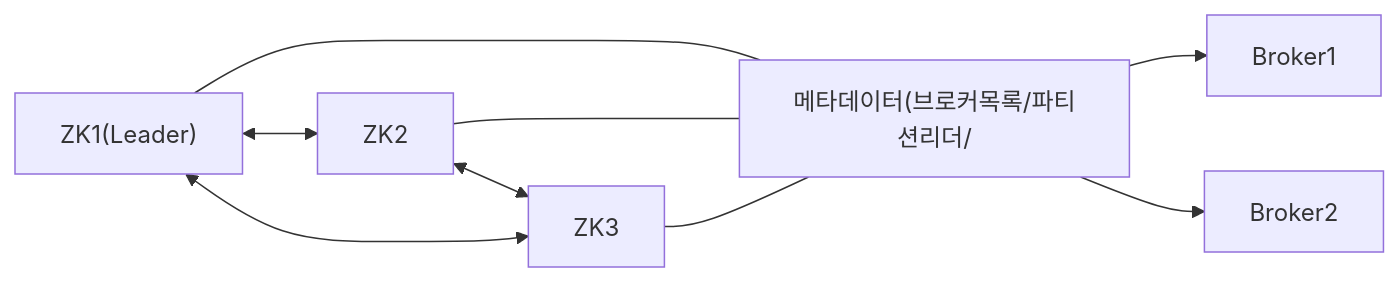
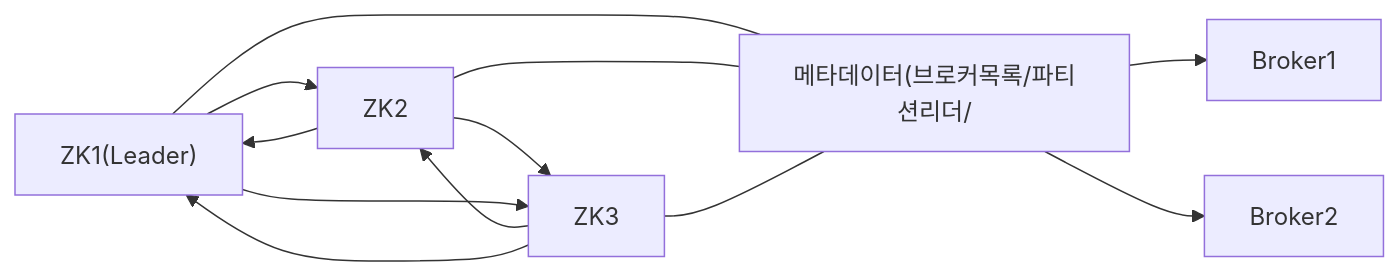
Before and after one commit to yjkim2015/yjkim2015.github.io: the eighth of 17 diagrams in _posts/kafka/2026-05-01-kafka-fundamentals.md, drawn with Mermaid. The commit also changed other lines of this file and 38 other files, not shown here.

First line of the commit message:
Mermaid 파싱 에러 최종 수정 + 화살표 간격 확대

````diff
--- a/_posts/kafka/2026-05-01-kafka-fundamentals.md
+++ b/_posts/kafka/2026-05-01-kafka-fundamentals.md
@@ -267,9 +267,13 @@
 ```mermaid
 graph LR
-    ZK1["ZK1(Leader)"] <--> ZK2["ZK2"]
-    ZK2 <--> ZK3["ZK3"]
-    ZK1 <--> ZK3
+    ZK1["ZK1(Leader)"] --> ZK2["ZK2"]
+    ZK2["ZK2"] --> ZK1["ZK1(Leader)"]
+    ZK2 --> ZK3["ZK3"]
+    ZK3["ZK3"] --> ZK2
+    ZK1 --> ZK3
+    ZK3 --> ZK1
     META["메타데이터(브로커목록/파티션리더/"]
     ZK1 & ZK2 & ZK3 --- META
-    META --> B1["Broker1"] & B2["Broker2"]
+    META --> B1["Broker1"]
+    META --> B2["Broker2"]
 ```
````
